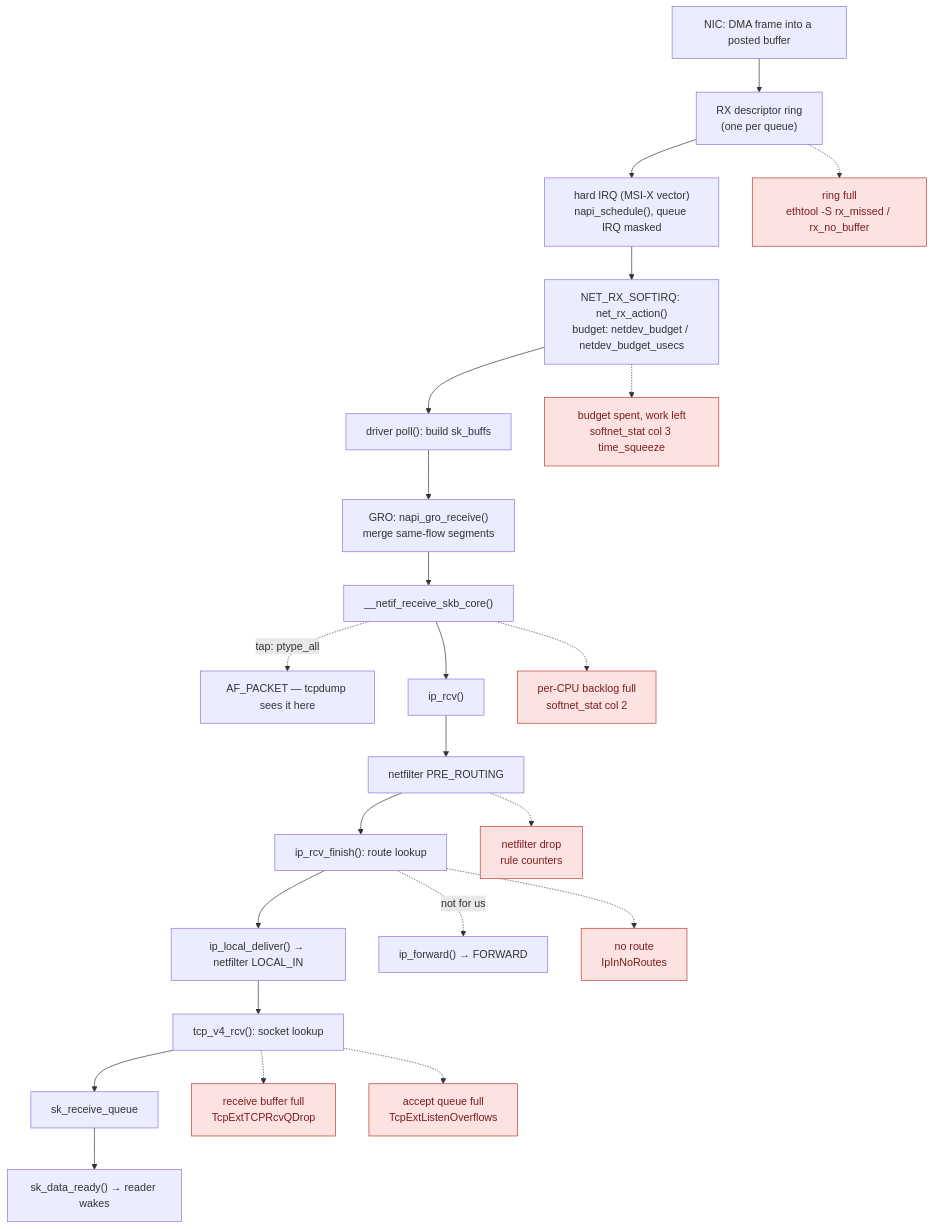
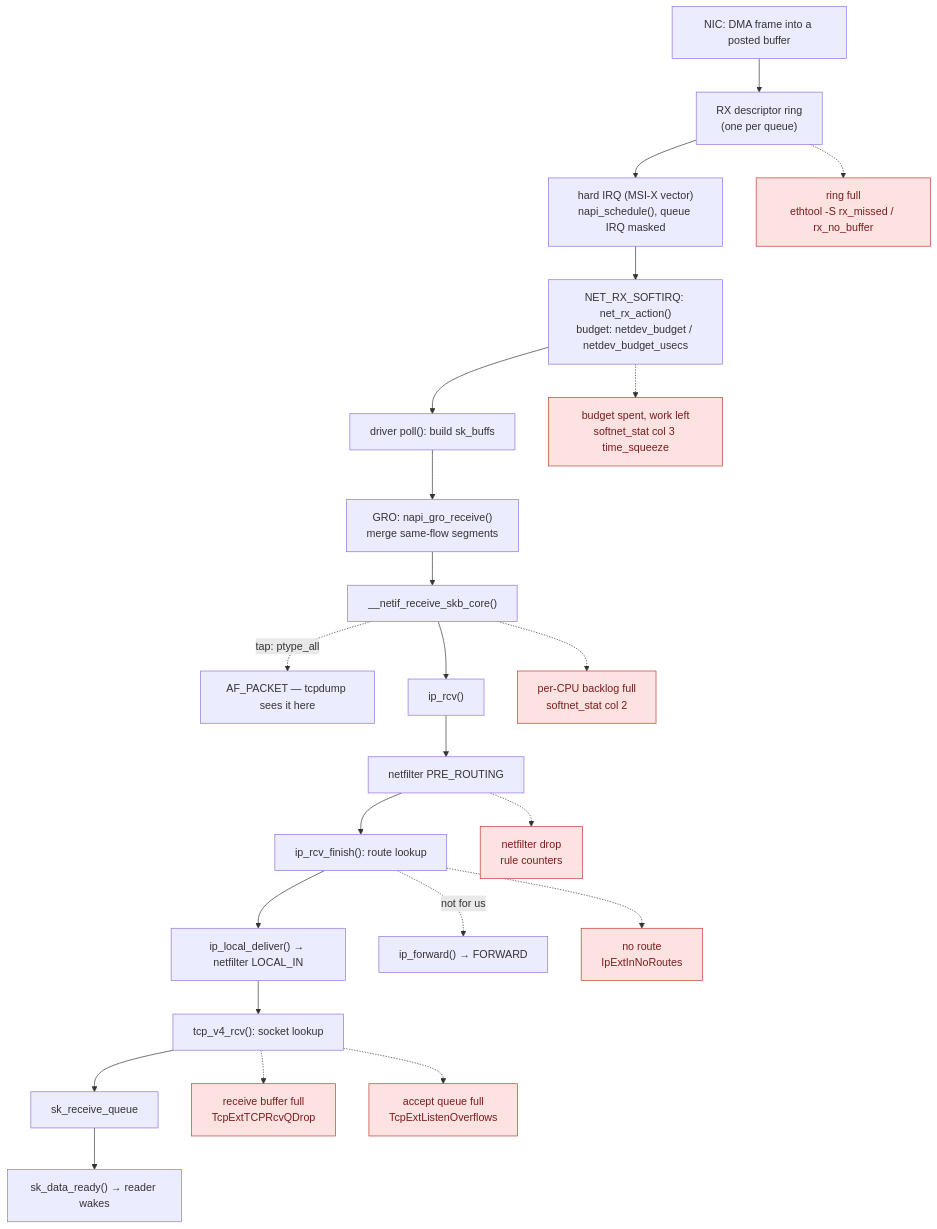
Before and after one commit to AndriiSonsiadlo/knowledge-base: the diagram in docs/linux/13-networking-stack/the-receive-path.md, drawn with Mermaid. The commit also changed other lines of this file and 2 other files, not shown here.

````diff
--- a/docs/linux/13-networking-stack/the-receive-path.md
+++ b/docs/linux/13-networking-stack/the-receive-path.md
@@ -23,29 +23,29 @@
 ```mermaid
 flowchart TB
     NIC["NIC: DMA frame into a posted buffer"] --> RING["RX descriptor ring<br/>(one per queue)"]
     RING --> IRQ["hard IRQ (MSI-X vector)<br/>napi_schedule(), queue IRQ masked"]
     IRQ --> SIRQ["NET_RX_SOFTIRQ: net_rx_action()<br/>budget: netdev_budget / netdev_budget_usecs"]
     SIRQ --> POLL["driver poll(): build sk_buffs"]
     POLL --> GRO["GRO: napi_gro_receive()<br/>merge same-flow segments"]
     GRO --> CORE["__netif_receive_skb_core()"]
     CORE -.->|"tap: ptype_all"| PKT["AF_PACKET — tcpdump sees it here"]
     CORE --> IPRCV["ip_rcv()"]
     IPRCV --> PRE["netfilter PRE_ROUTING"]
     PRE --> RT["ip_rcv_finish(): route lookup"]
     RT --> LIN["ip_local_deliver() → netfilter LOCAL_IN"]
     RT -.->|"not for us"| FWD["ip_forward() → FORWARD"]
     LIN --> TCP["tcp_v4_rcv(): socket lookup"]
     TCP --> Q["sk_receive_queue"]
     Q --> WAKE["sk_data_ready() → reader wakes"]
 
     RING -.-> D1["ring full<br/>ethtool -S rx_missed / rx_no_buffer"]
     SIRQ -.-> D2["budget spent, work left<br/>softnet_stat col 3 time_squeeze"]
     CORE -.-> D3["per-CPU backlog full<br/>softnet_stat col 2"]
     PRE -.-> D4["netfilter drop<br/>rule counters"]
-    RT -.-> D5["no route<br/>IpInNoRoutes"]
+    RT -.-> D5["no route<br/>IpExtInNoRoutes"]
     TCP -.-> D6["receive buffer full<br/>TcpExtTCPRcvQDrop"]
     TCP -.-> D7["accept queue full<br/>TcpExtListenOverflows"]
 
     classDef drop fill:#fde2e2,stroke:#c0392b,color:#7b1d1d
     class D1,D2,D3,D4,D5,D6,D7 drop
 ```
````
